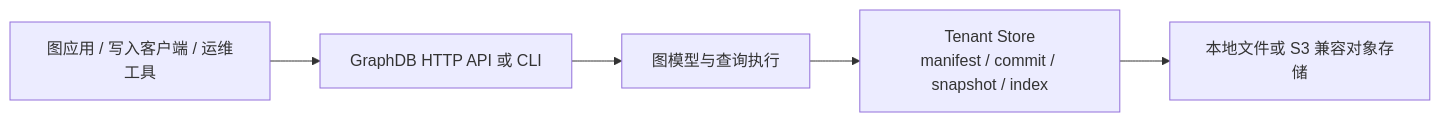
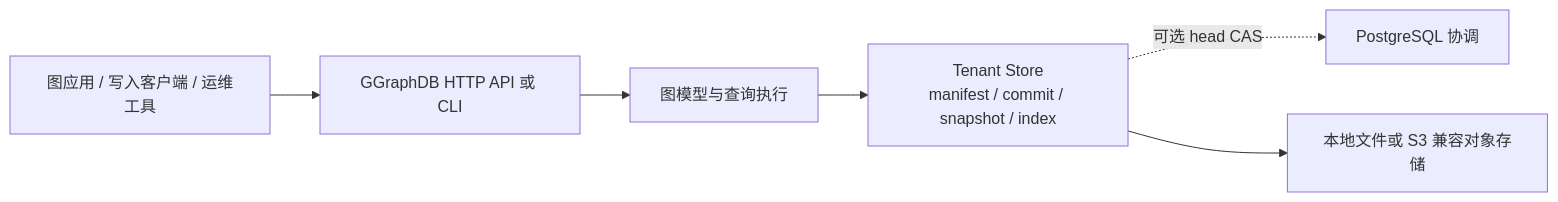
One commit to SamuelSupe/graphdb changed the diagram in docs/database-introduction.zh-CN.md. Above: the diagram before and after it, drawn with Mermaid. The commit also changed other lines of this file and 280 other files, not shown here.

````diff
--- a/docs/database-introduction.zh-CN.md
+++ b/docs/database-introduction.zh-CN.md
@@ -61,7 +72,8 @@
 ```mermaid
 flowchart LR
-  Client["图应用 / 写入客户端 / 运维工具"] --> API["GraphDB HTTP API 或 CLI"]
+  Client["图应用 / 写入客户端 / 运维工具"] --> API["GGraphDB HTTP API 或 CLI"]
   API --> Graph["图模型与查询执行"]
   Graph --> Store["Tenant Store\nmanifest / commit / snapshot / index"]
+  Store -. 可选 head CAS .-> PG["PostgreSQL 协调"]
   Store --> Object["本地文件或 S3 兼容对象存储"]
 ```
````
